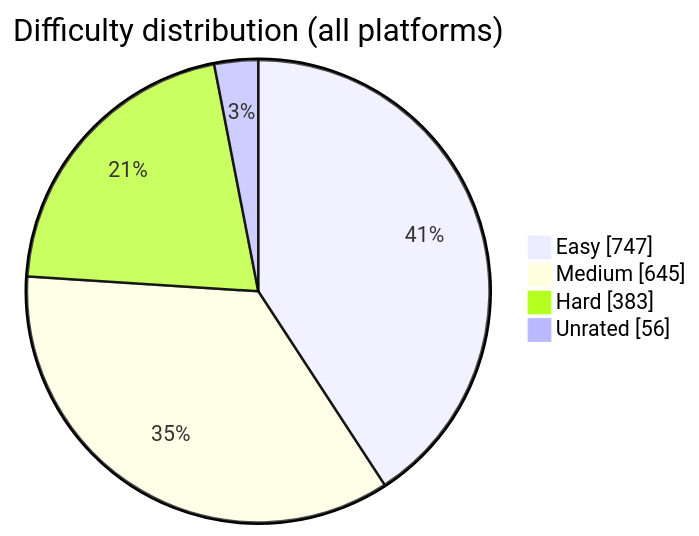
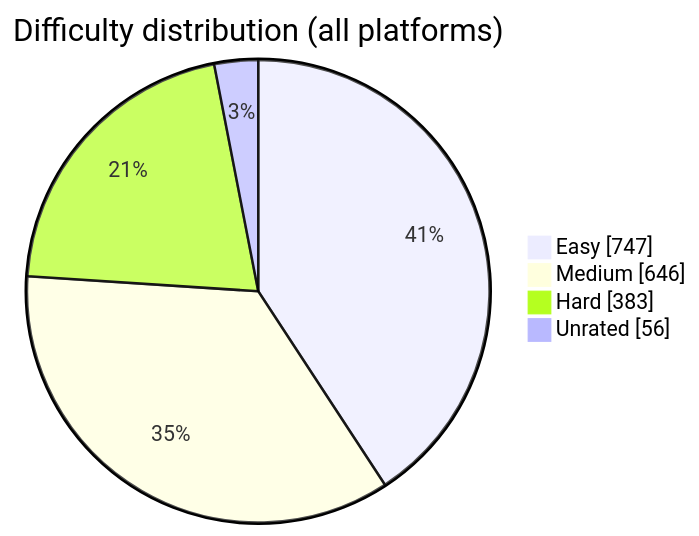
Before and after one commit to BuildbyArindam/Daily-Coding-Log: the diagram in README.md, drawn with Mermaid. The commit also changed other lines of this file, not shown here.

````diff
--- a/README.md
+++ b/README.md
@@ -108,7 +108,7 @@
 ```mermaid
 pie showData title Difficulty distribution (all platforms)
     "Easy" : 747
-    "Medium" : 645
+    "Medium" : 646
     "Hard" : 383
     "Unrated" : 56
 ```
````
